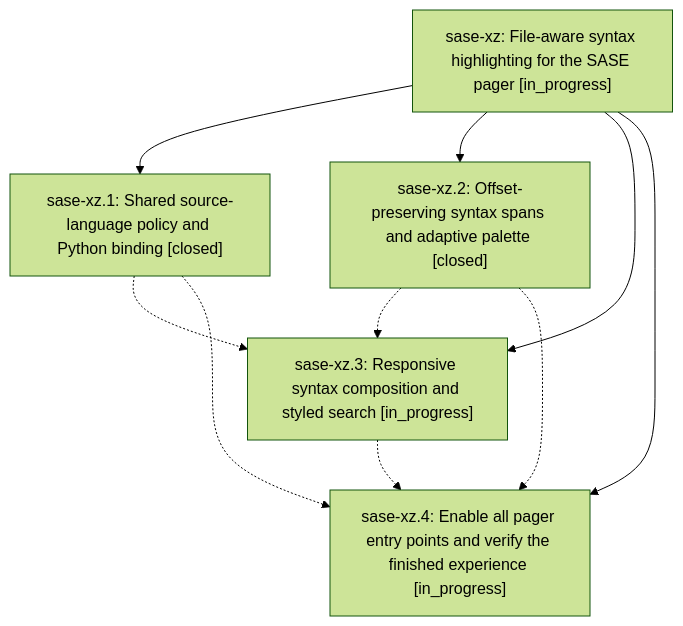
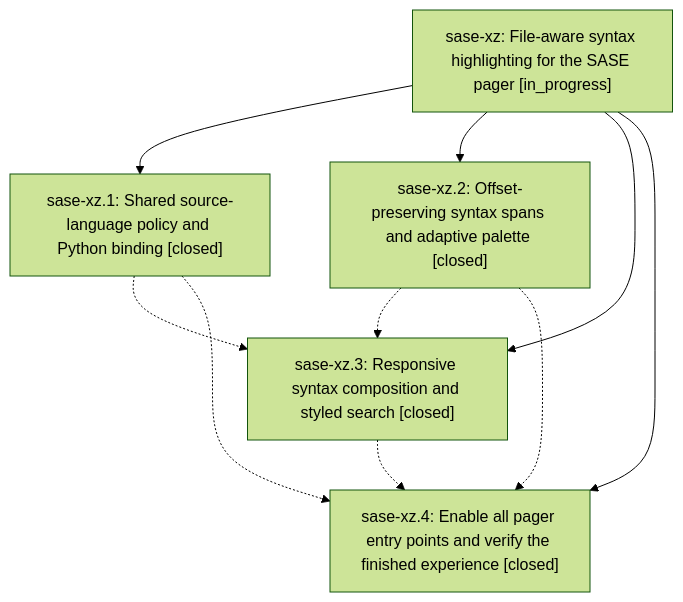
Before and after one commit to sase-org/sase--beads: the diagram in pages/sase-xz/README.md, drawn with Mermaid (forest theme). The commit also changed other lines of this file and 4 other files, not shown here.

````diff
--- a/pages/sase-xz/README.md
+++ b/pages/sase-xz/README.md
@@ -37,17 +37,17 @@
 ```mermaid
 flowchart TD
     n0["sase-xz: File-aware syntax highlighting for the SASE pager [in_progress]"]
     n1["sase-xz.1: Shared source-language policy and Python binding [closed]"]
     n2["sase-xz.2: Offset-preserving syntax spans and adaptive palette [closed]"]
-    n3["sase-xz.3: Responsive syntax composition and styled search [in_progress]"]
-    n4["sase-xz.4: Enable all pager entry points and verify the finished experience [in_progress]"]
+    n3["sase-xz.3: Responsive syntax composition and styled search [closed]"]
+    n4["sase-xz.4: Enable all pager entry points and verify the finished experience [closed]"]
     n0 --> n1
     n0 --> n2
     n0 --> n3
     n0 --> n4
     n1 -.-> n3
     n1 -.-> n4
     n2 -.-> n3
     n2 -.-> n4
     n3 -.-> n4
 ```
````
